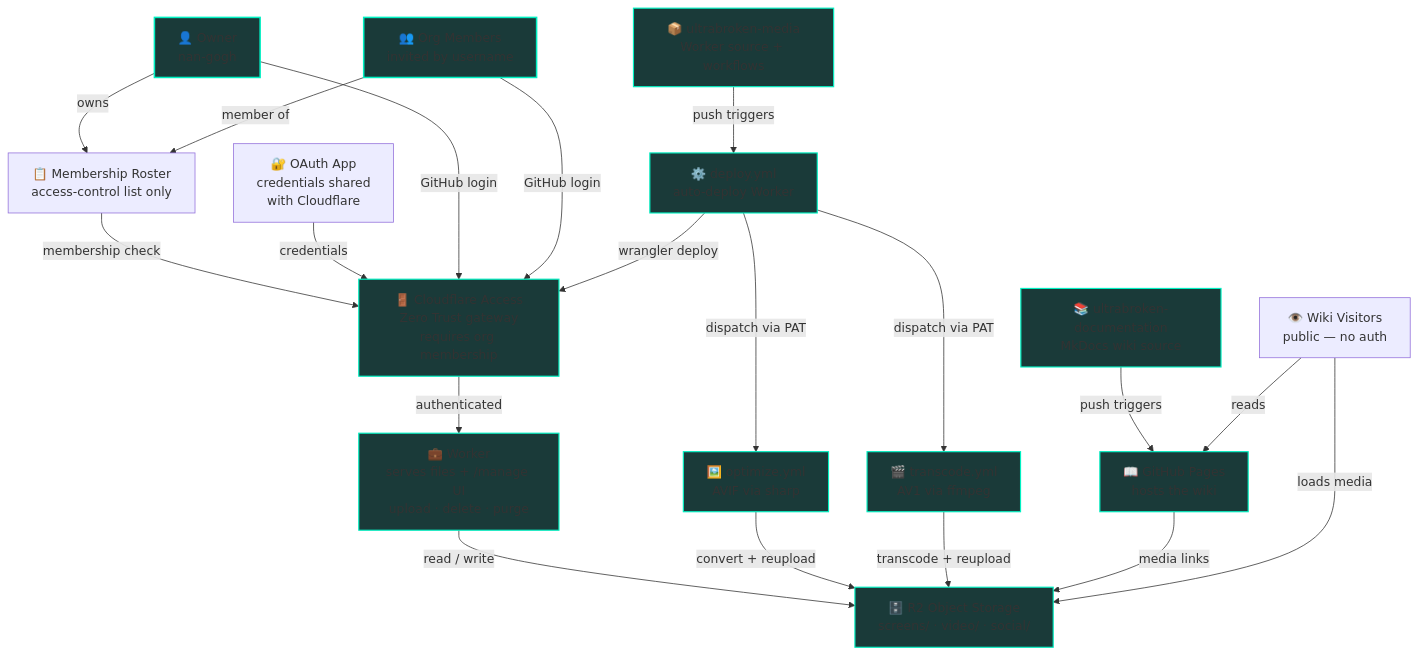
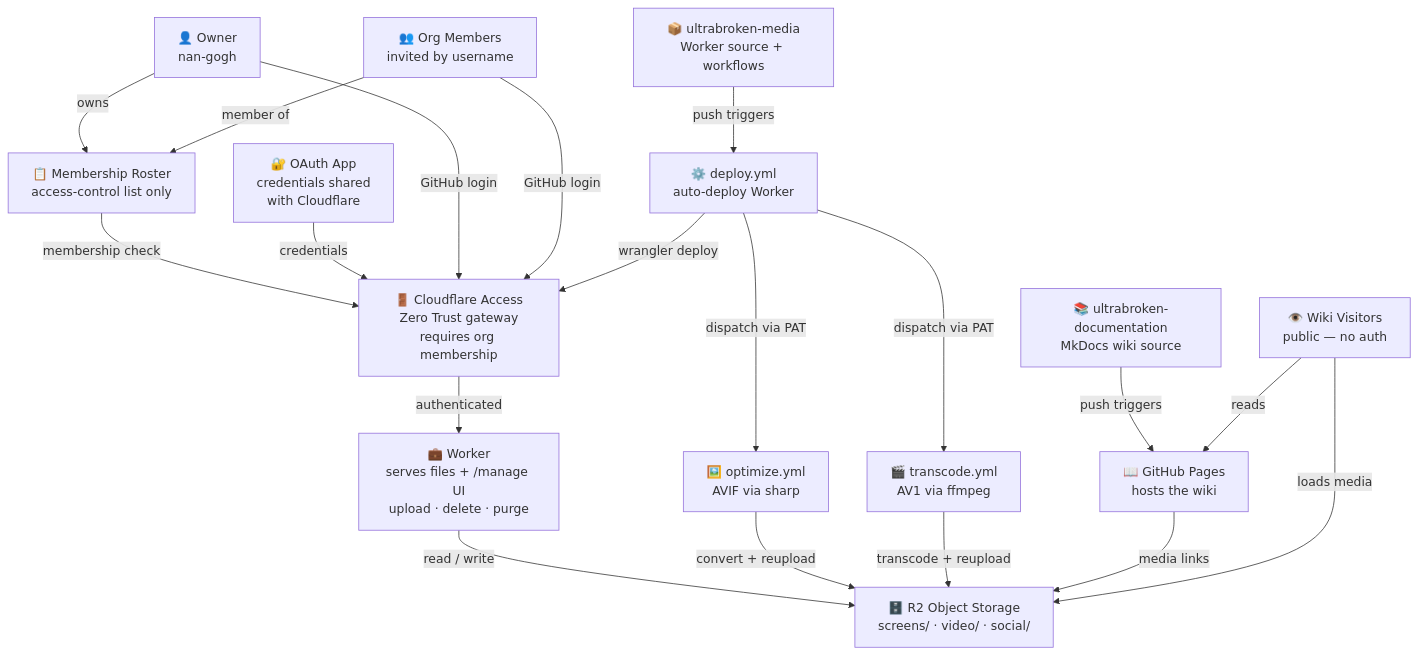
The diagram in docs/wiki/about.md (BKMzero/ultrabroken-documentation), drawn with Mermaid before and after one commit. The commit also changed other lines of this file, not shown here.

Commit message:
fix: update diagram input elements and format Mermaid code block

````diff
--- a/docs/wiki/about.md
+++ b/docs/wiki/about.md
@@ -195,50 +195,40 @@
-    <div class="mermaid">
+```mermaid
 graph TD
     OWNER["👤 Owner<br/>nan-gogh"]
     MEMBERS["👥 Org Members<br/>invited by username"]
     ORG["📋 Membership Roster<br/>access-control list only"]
     OAUTH["🔐 OAuth App<br/>credentials shared<br/>with Cloudflare"]
     
     MEDIA_REPO["📦 ultrabroken-media<br/>Worker source + workflows"]
     WIKI_REPO["📚 ultrabroken-documentation<br/>MkDocs wiki source"]
     DEPLOY["⚙️ deploy.yml<br/>auto-deploy Worker"]
     OPTIMIZE["🖼️ optimize.yml<br/>AVIF via sharp"]
     TRANSCODE["🎬 transcode.yml<br/>AV1 via ffmpeg"]
     
     ACCESS["🚪 Cloudflare Access<br/>Zero Trust gateway<br/>requires org membership"]
     WORKER["💼 Worker<br/>serves files + /manage UI<br/>upload · delete · purge"]
     R2["🗄️ R2 Object Storage<br/>screens/ · video/ · social/"]
     PAGES["📖 GitHub Pages<br/>hosts the wiki"]
     VISITOR["👁️ Wiki Visitors<br/>public — no auth"]
     
     OWNER -->|owns| ORG
     MEMBERS -->|member of| ORG
     ORG -->|membership check| ACCESS
     OAUTH -->|credentials| ACCESS
     OWNER -->|GitHub login| ACCESS
     MEMBERS -->|GitHub login| ACCESS
     ACCESS -->|authenticated| WORKER
     WORKER -->|read / write| R2
     
     MEDIA_REPO -->|push triggers| DEPLOY
     DEPLOY -->|wrangler deploy| ACCESS
     DEPLOY -->|dispatch via PAT| OPTIMIZE
     DEPLOY -->|dispatch via PAT| TRANSCODE
     OPTIMIZE -->|convert + reupload| R2
     TRANSCODE -->|transcode + reupload| R2
     
     WIKI_REPO -->|push triggers| PAGES
     PAGES -->|media links| R2
     VISITOR -->|reads| PAGES
     VISITOR -->|loads media| R2
-    
-    classDef people fill:#1a3a39,stroke:#00f0c2,stroke-width:2px
-    classDef repos fill:#1a3a39,stroke:#00f0c2,stroke-width:1.5px
-    classDef actions fill:#1a3a39,stroke:#00f0c2,stroke-width:1.5px
-    classDef services fill:#1a3a39,stroke:#00f0c2,stroke-width:1.5px
-    
-    class OWNER,MEMBERS people
-    class MEDIA_REPO,WIKI_REPO repos
-    class DEPLOY,OPTIMIZE,TRANSCODE actions
-    class ACCESS,WORKER,R2,PAGES services
-    </div>
+```
````
